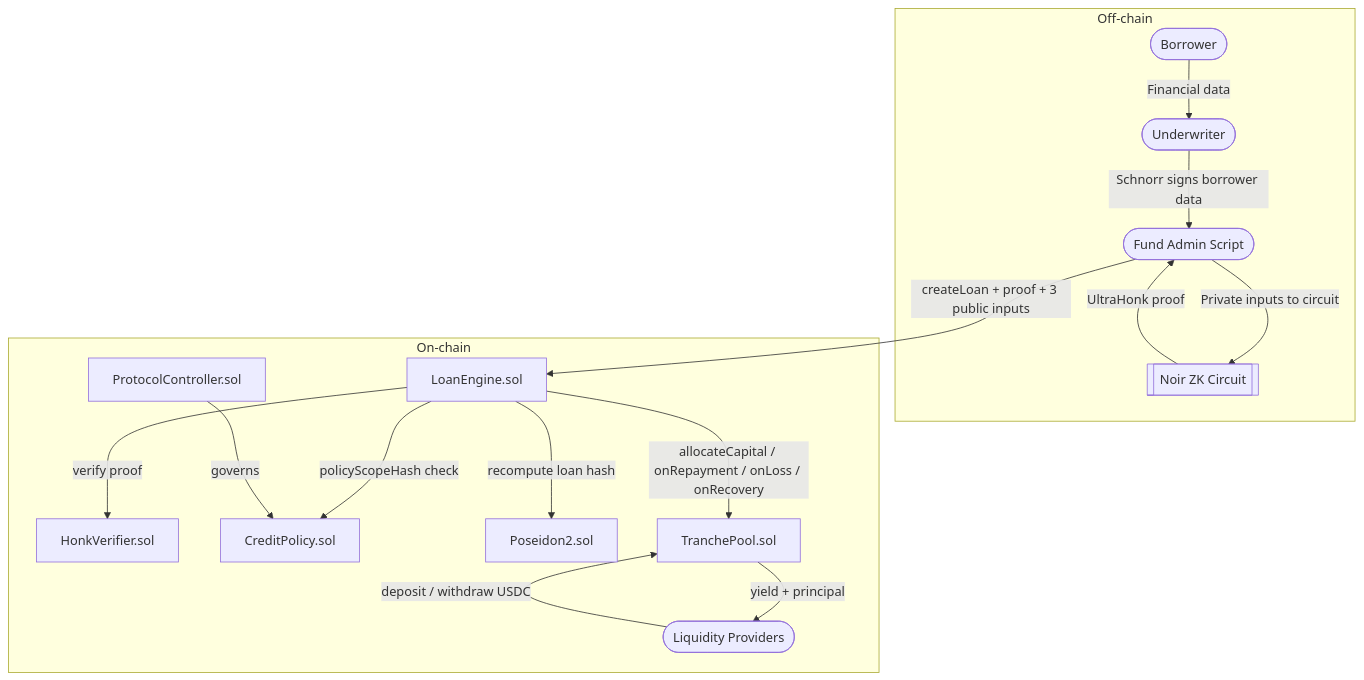
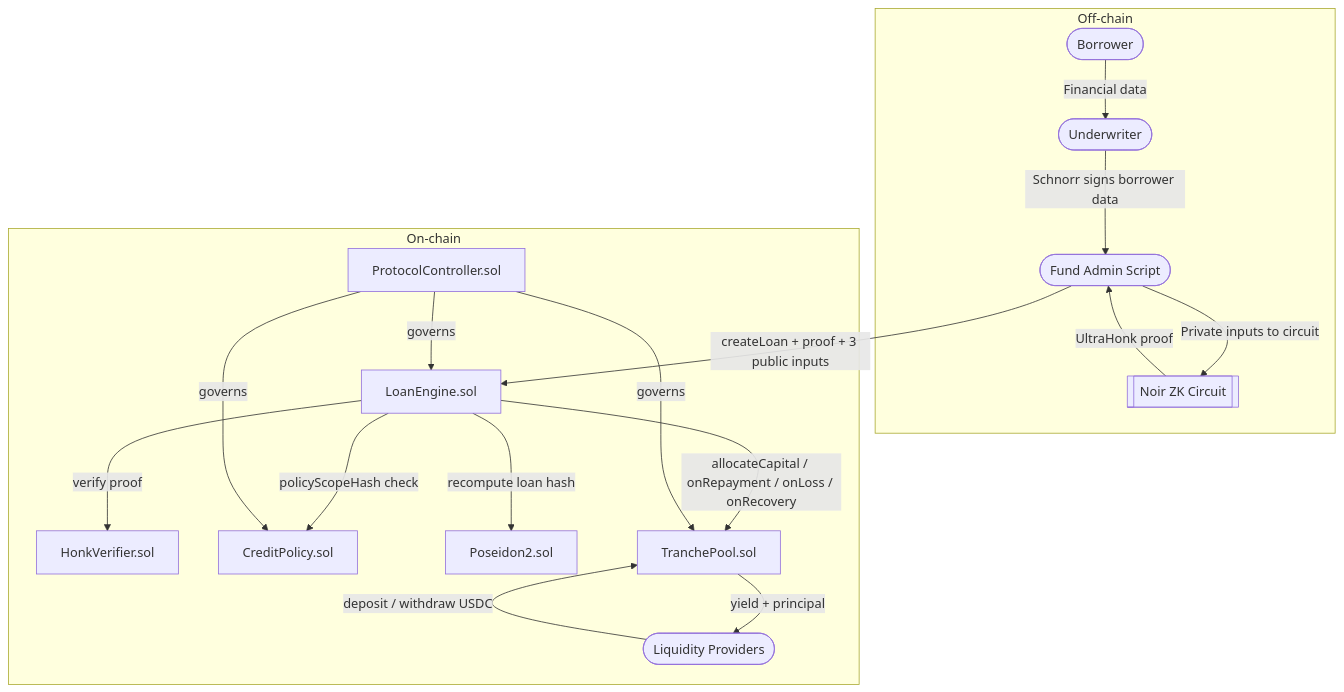
Before and after one commit to NandakishorP/Credit_Rail: the diagram in docs/ARCHITECTURE.md, drawn with Mermaid. The commit also changed other lines of this file and 7 other files, not shown here.

````diff
--- a/docs/ARCHITECTURE.md
+++ b/docs/ARCHITECTURE.md
@@ -9,20 +9,20 @@
 ```mermaid
 graph TD
     subgraph Off-chain
         Borrower([Borrower]) -->|Financial data| Underwriter([Underwriter])
         Underwriter -->|Schnorr signs borrower data| FundAdmin([Fund Admin Script])
         FundAdmin -->|Private inputs to circuit| NoirCircuit[[Noir ZK Circuit]]
         NoirCircuit -->|UltraHonk proof| FundAdmin
     end
 
     subgraph On-chain
         FundAdmin -->|createLoan + proof + 3 public inputs| LoanEngine[LoanEngine.sol]
         LoanEngine -->|verify proof| HonkVerifier[HonkVerifier.sol]
         LoanEngine -->|policyScopeHash check| CreditPolicy[CreditPolicy.sol]
         LoanEngine -->|recompute loan hash| Poseidon2[Poseidon2.sol]
         LoanEngine -->|allocateCapital / onRepayment / onLoss / onRecovery| TranchePool[TranchePool.sol]
-        ProtocolController[ProtocolController.sol] -->|governs| CreditPolicy
+        ProtocolController[ProtocolController.sol] -->|governs| CreditPolicy & LoanEngine & TranchePool
         LPs([Liquidity Providers]) -->|deposit / withdraw USDC| TranchePool
         TranchePool -->|yield + principal| LPs
     end
 ```
````
